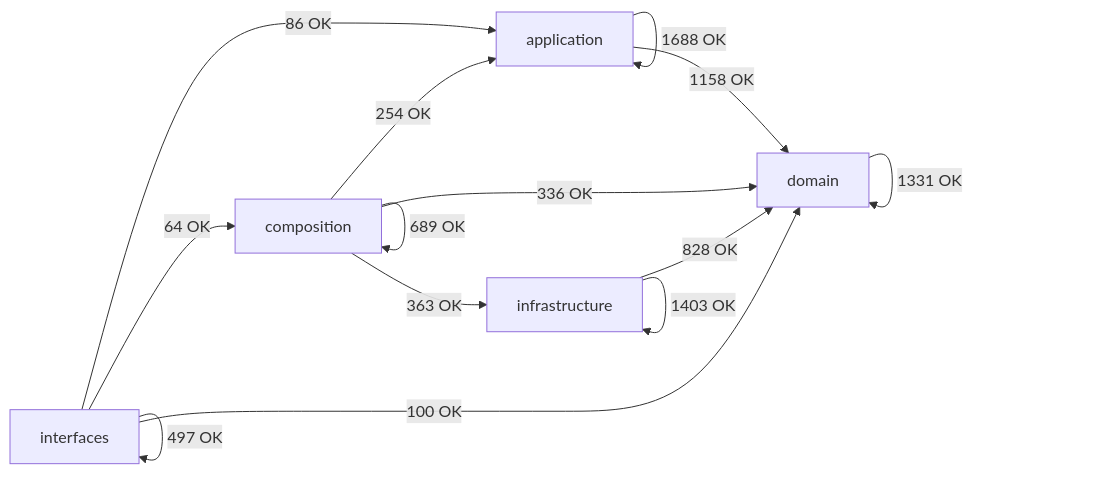
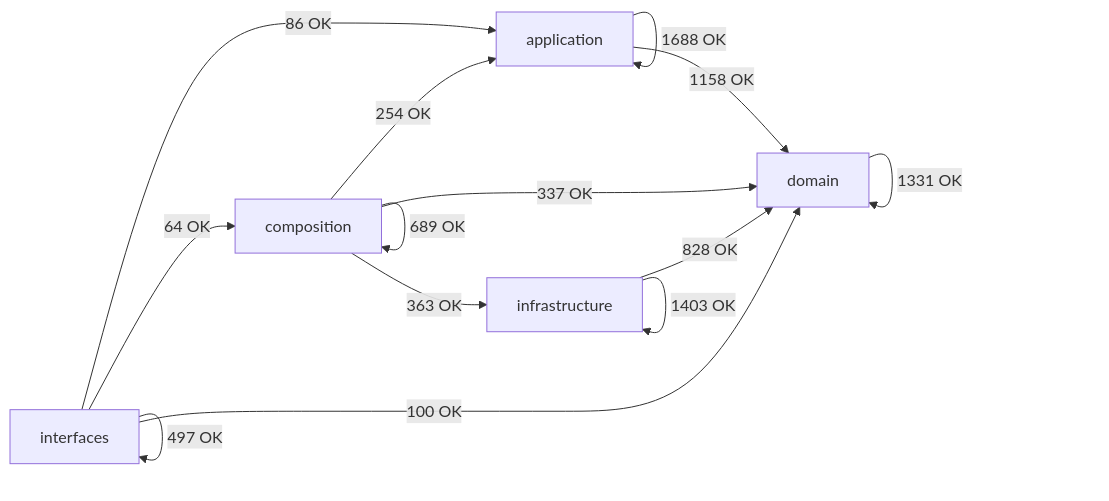
Before and after one commit to SatoryKono/BioactivityDataAcquisition: the diagram in docs/02-architecture/generated/module-dependency-map.md, drawn with Mermaid. The commit also changed other lines of this file and 1 other file, not shown here.

````diff
--- a/docs/02-architecture/generated/module-dependency-map.md
+++ b/docs/02-architecture/generated/module-dependency-map.md
@@ -17,21 +17,21 @@
 ```mermaid
 flowchart LR
     domain[domain]
     application[application]
     infrastructure[infrastructure]
     composition[composition]
     interfaces[interfaces]
     application -->|1688 OK| application
     application -->|1158 OK| domain
     composition -->|254 OK| application
     composition -->|689 OK| composition
-    composition -->|336 OK| domain
+    composition -->|337 OK| domain
     composition -->|363 OK| infrastructure
     domain -->|1331 OK| domain
     infrastructure -->|828 OK| domain
     infrastructure -->|1403 OK| infrastructure
     interfaces -->|86 OK| application
     interfaces -->|64 OK| composition
     interfaces -->|100 OK| domain
     interfaces -->|497 OK| interfaces
 ```
````
